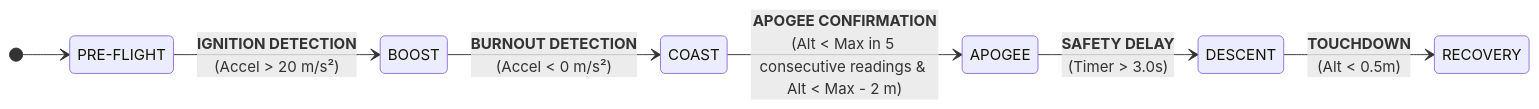
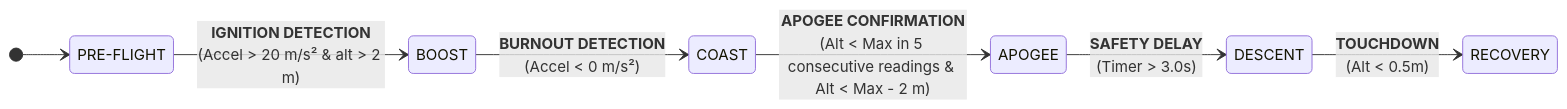
The diagram in docs/technical/Flight_Phases_and_Transition_Conditions.md (Volta-Rocketry/ELS-02), drawn with Mermaid before and after one commit. The commit also changed other lines of this file, not shown here.

````diff
--- a/docs/technical/Flight_Phases_and_Transition_Conditions.md
+++ b/docs/technical/Flight_Phases_and_Transition_Conditions.md
@@ -51,23 +51,23 @@
 ```mermaid
     stateDiagram-v2
     direction LR
 
     state "PRE-FLIGHT" as S1
     state "BOOST" as S2
     state "COAST" as S3
     state "APOGEE" as S4
     state "DESCENT" as S5
     state "RECOVERY" as S6
 
     [*] --> S1
     
-    S1 --> S2: <strong>IGNITION DETECTION</strong><br/>(Accel > 20 m/s²)
+    S1 --> S2: <strong>IGNITION DETECTION</strong><br/>(Accel > 20 m/s² & alt > 2 m)
     
     S2 --> S3: <strong>BURNOUT DETECTION</strong><br/>(Accel < 0 m/s²)
     
     S3 --> S4: <strong>APOGEE CONFIRMATION</strong><br/>(Alt < Max in 5 consecutive readings & Alt < Max - 2 m)
     
     S4 --> S5: <strong>SAFETY DELAY</strong><br/>(Timer > 3.0s)
 
     S5 --> S6: <strong>TOUCHDOWN</strong><br/>(Alt < 0.5m)
 ```
````
